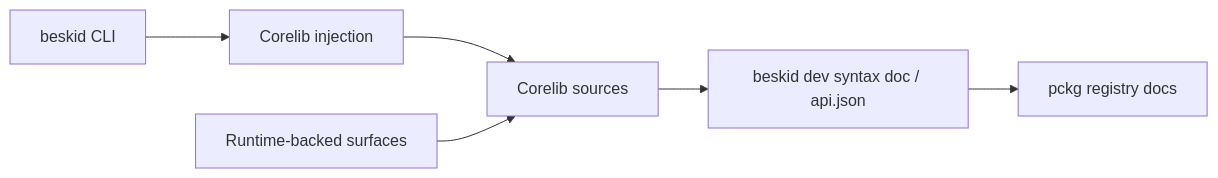
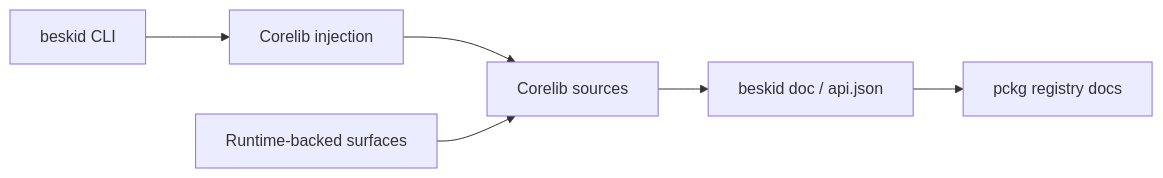
The diagram in site/website/src/content/docs/book/16-corelib-batteries-with-opinions/index.mdx (Cyber-Nomad-Collective/beskid), drawn with Mermaid before and after one commit. The commit also changed other lines of this file and 527 other files, not shown here.

````diff
--- a/site/website/src/content/docs/book/16-corelib-batteries-with-opinions/index.mdx
+++ b/site/website/src/content/docs/book/16-corelib-batteries-with-opinions/index.mdx
@@ -28,10 +28,10 @@
 ```mermaid
 flowchart LR
   accTitle: Corelib delivery
   accDescr: The CLI injects corelib sources, doc generation produces api.json for pckg registry docs, and runtime-backed surfaces feed the same sources.
   CLI[beskid CLI] --> inj[Corelib injection]
   inj --> src[Corelib sources]
-  src --> doc[beskid dev syntax doc / api.json]
+  src --> doc[beskid doc / api.json]
   doc --> pckg[pckg registry docs]
   runtime[Runtime-backed surfaces] --> src
 ```
````
